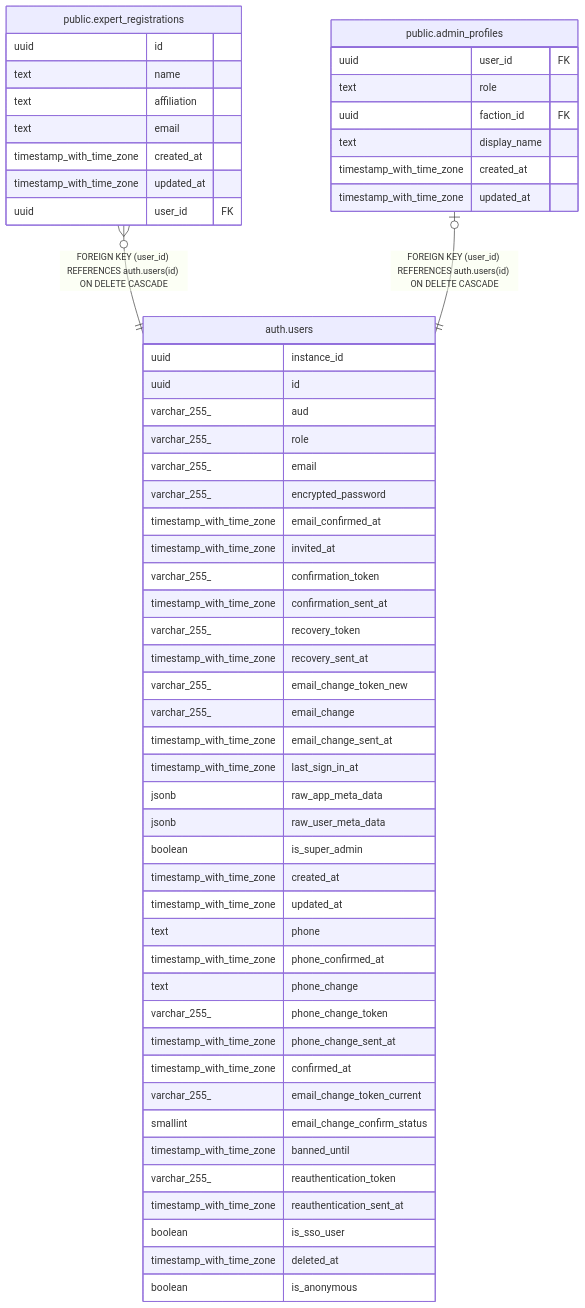
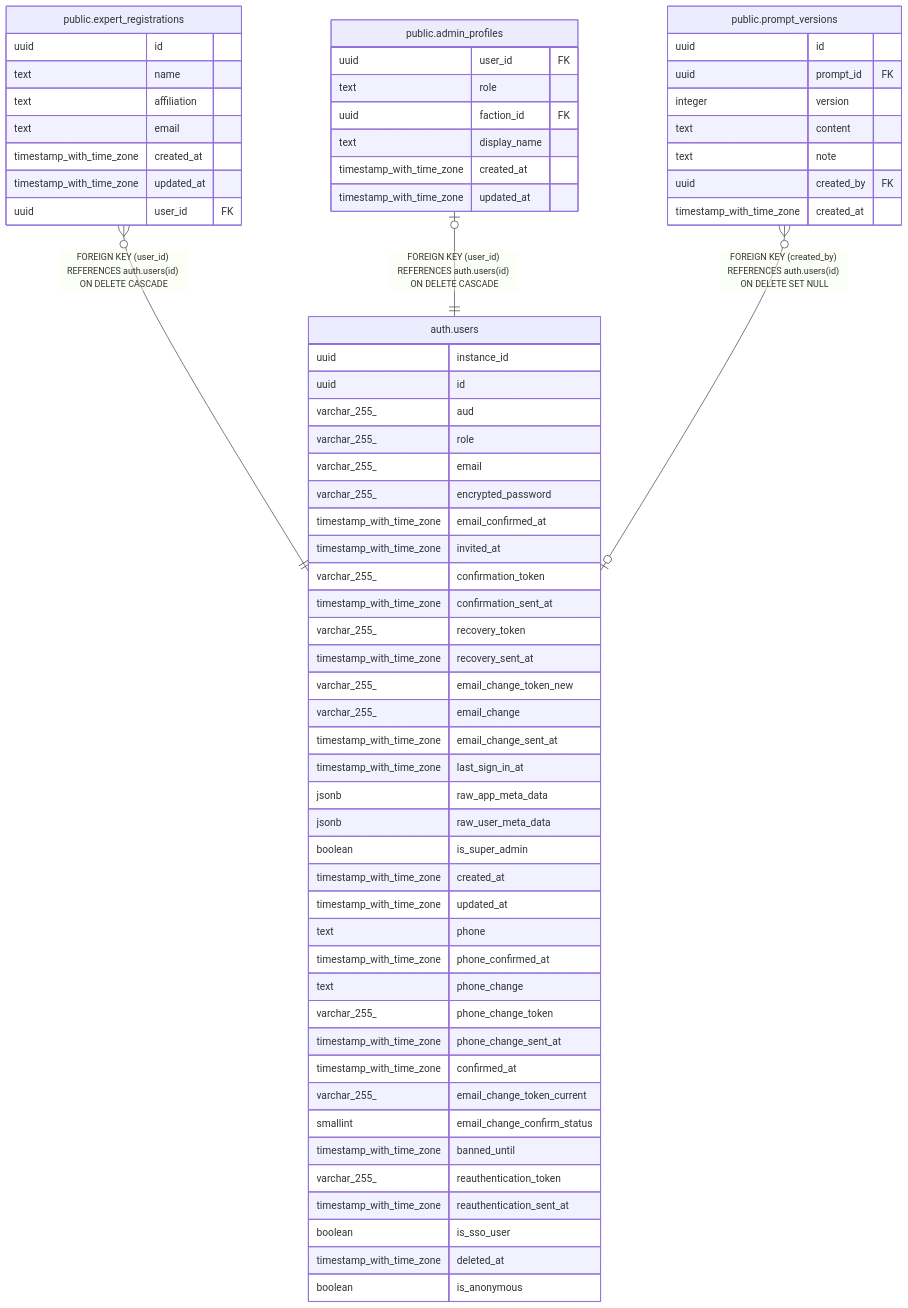
Before and after one commit to s-takahashi-hokkaido/dejimin-gikai: the diagram in docs/schema/auth.users.md, drawn with Mermaid. The commit also changed other lines of this file and 61 other files, not shown here.

````diff
--- a/docs/schema/auth.users.md
+++ b/docs/schema/auth.users.md
@@ -73,61 +73,71 @@
 ```mermaid
 erDiagram
 
 "public.expert_registrations" }o--|| "auth.users" : "FOREIGN KEY (user_id) REFERENCES auth.users(id) ON DELETE CASCADE"
 "public.admin_profiles" |o--|| "auth.users" : "FOREIGN KEY (user_id) REFERENCES auth.users(id) ON DELETE CASCADE"
+"public.prompt_versions" }o--o| "auth.users" : "FOREIGN KEY (created_by) REFERENCES auth.users(id) ON DELETE SET NULL"
 
 "auth.users" {
   uuid instance_id
   uuid id
   varchar_255_ aud
   varchar_255_ role
   varchar_255_ email
   varchar_255_ encrypted_password
   timestamp_with_time_zone email_confirmed_at
   timestamp_with_time_zone invited_at
   varchar_255_ confirmation_token
   timestamp_with_time_zone confirmation_sent_at
   varchar_255_ recovery_token
   timestamp_with_time_zone recovery_sent_at
   varchar_255_ email_change_token_new
   varchar_255_ email_change
   timestamp_with_time_zone email_change_sent_at
   timestamp_with_time_zone last_sign_in_at
   jsonb raw_app_meta_data
   jsonb raw_user_meta_data
   boolean is_super_admin
   timestamp_with_time_zone created_at
   timestamp_with_time_zone updated_at
   text phone
   timestamp_with_time_zone phone_confirmed_at
   text phone_change
   varchar_255_ phone_change_token
   timestamp_with_time_zone phone_change_sent_at
   timestamp_with_time_zone confirmed_at
   varchar_255_ email_change_token_current
   smallint email_change_confirm_status
   timestamp_with_time_zone banned_until
   varchar_255_ reauthentication_token
   timestamp_with_time_zone reauthentication_sent_at
   boolean is_sso_user
   timestamp_with_time_zone deleted_at
   boolean is_anonymous
 }
 "public.expert_registrations" {
   uuid id
   text name
   text affiliation
   text email
   timestamp_with_time_zone created_at
   timestamp_with_time_zone updated_at
   uuid user_id FK
 }
 "public.admin_profiles" {
   uuid user_id FK
   text role
   uuid faction_id FK
   text display_name
   timestamp_with_time_zone created_at
   timestamp_with_time_zone updated_at
 }
+"public.prompt_versions" {
+  uuid id
+  uuid prompt_id FK
+  integer version
+  text content
+  text note
+  uuid created_by FK
+  timestamp_with_time_zone created_at
+}
 ```
````
